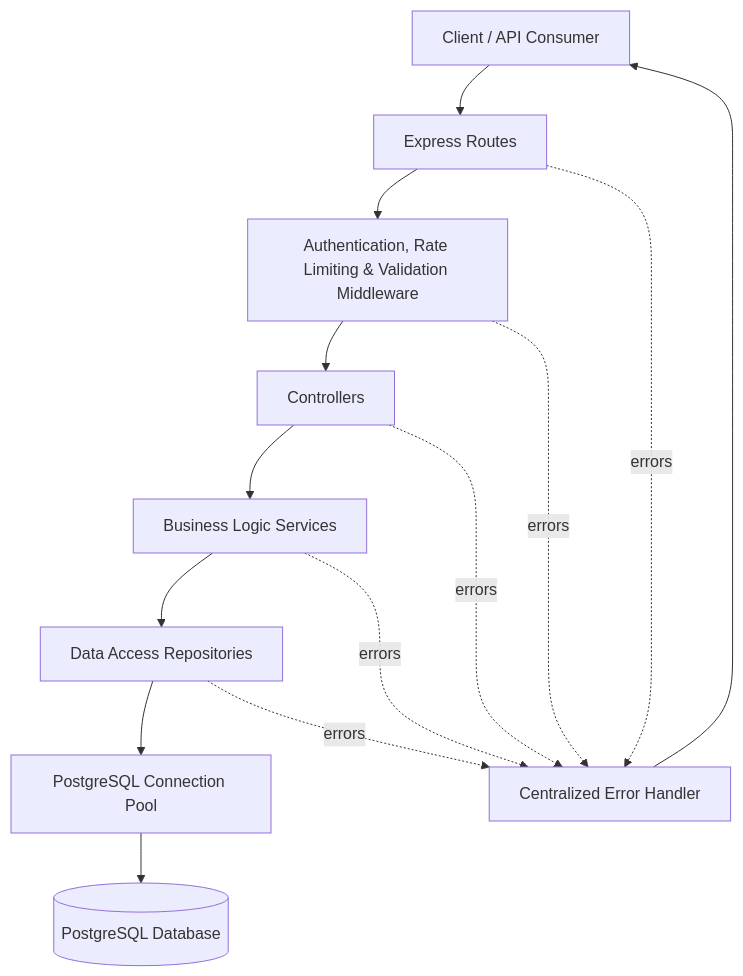
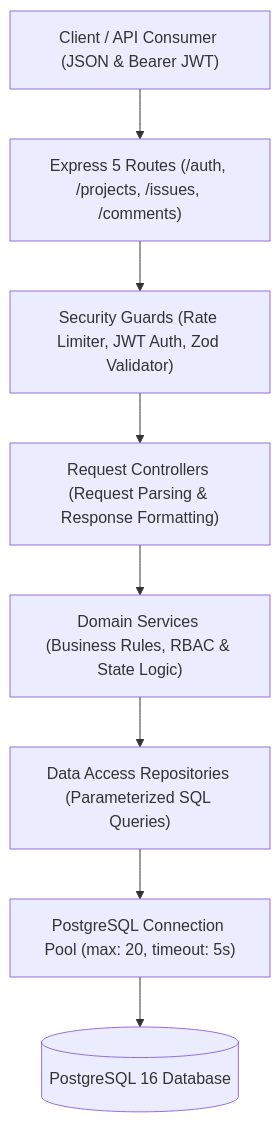
One commit to adityasinghr651/Lab_Engineering changed the diagram in README.md. Above: the diagram before and after it, drawn with Mermaid. The commit also changed other lines of this file and 2 other files, not shown here.

Commit message:
docs: streamline README and add animated developer API workflow demo GIF

````diff
--- a/README.md
+++ b/README.md
@@ -107,27 +47,19 @@
 ```mermaid
 flowchart TD
-    Client["Client / API Consumer"]
-    Routes["Express Routes"]
-    Middleware["Authentication, Rate Limiting & Validation Middleware"]
-    Controller["Controllers"]
-    Service["Business Logic Services"]
-    Repository["Data Access Repositories"]
-    Pool["PostgreSQL Connection Pool"]
-    DB[("PostgreSQL Database")]
-    Errors["Centralized Error Handler"]
+    Client["Client / API Consumer (JSON & Bearer JWT)"]
+    Routes["Express 5 Routes (/auth, /projects, /issues, /comments)"]
+    Middleware["Security Guards (Rate Limiter, JWT Auth, Zod Validator)"]
+    Controllers["Request Controllers (Request Parsing & Response Formatting)"]
+    Services["Domain Services (Business Rules, RBAC & State Logic)"]
+    Repositories["Data Access Repositories (Parameterized SQL Queries)"]
+    Pool["PostgreSQL Connection Pool (max: 20, timeout: 5s)"]
+    DB[("PostgreSQL 16 Database")]
 
     Client --> Routes
     Routes --> Middleware
-    Middleware --> Controller
-    Controller --> Service
-    Service --> Repository
-    Repository --> Pool
+    Middleware --> Controllers
+    Controllers --> Services
+    Services --> Repositories
+    Repositories --> Pool
     Pool --> DB
-
-    Routes -. errors .-> Errors
-    Middleware -. errors .-> Errors
-    Controller -. errors .-> Errors
-    Service -. errors .-> Errors
-    Repository -. errors .-> Errors
-    Errors --> Client
 ```
````
